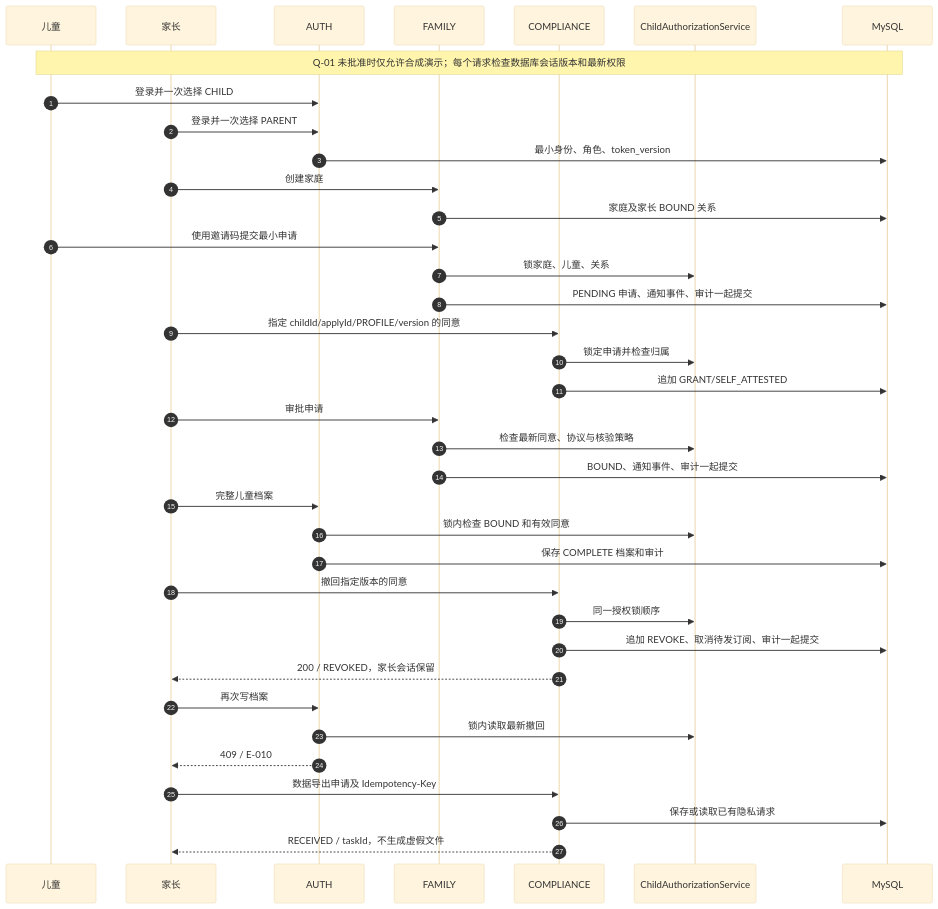
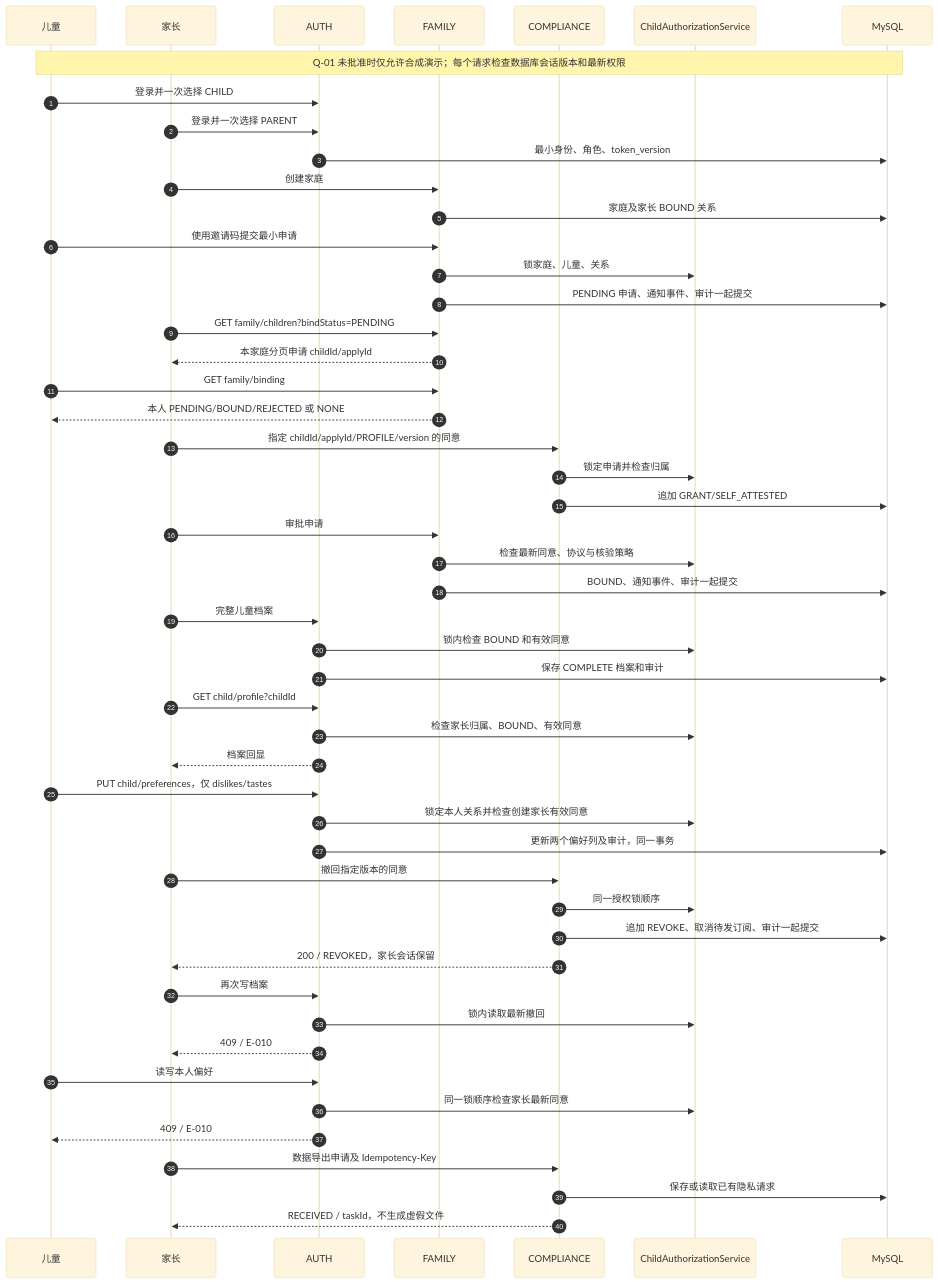
Before and after one commit to lyzw/umbrella: the diagram in growth-planet/docs/sequence-diagram.mermaid, drawn with Mermaid (base theme). The commit also changed 10 other files, not shown here.

```diff
--- a/growth-planet/docs/sequence-diagram.mermaid
+++ b/growth-planet/docs/sequence-diagram.mermaid
@@ -1,37 +1,50 @@
 sequenceDiagram
     autonumber
     participant C as 儿童
     participant P as 家长
     participant A as AUTH
     participant F as FAMILY
     participant S as COMPLIANCE
     participant L as ChildAuthorizationService
     participant DB as MySQL
     Note over C,DB: Q-01 未批准时仅允许合成演示；每个请求检查数据库会话版本和最新权限
     C->>A: 登录并一次选择 CHILD
     P->>A: 登录并一次选择 PARENT
     A->>DB: 最小身份、角色、token_version
     P->>F: 创建家庭
     F->>DB: 家庭及家长 BOUND 关系
     C->>F: 使用邀请码提交最小申请
     F->>L: 锁家庭、儿童、关系
     F->>DB: PENDING 申请、通知事件、审计一起提交
+    P->>F: GET family/children?bindStatus=PENDING
+    F-->>P: 本家庭分页申请 childId/applyId
+    C->>F: GET family/binding
+    F-->>C: 本人 PENDING/BOUND/REJECTED 或 NONE
     P->>S: 指定 childId/applyId/PROFILE/version 的同意
     S->>L: 锁定申请并检查归属
     S->>DB: 追加 GRANT/SELF_ATTESTED
     P->>F: 审批申请
     F->>L: 检查最新同意、协议与核验策略
     F->>DB: BOUND、通知事件、审计一起提交
     P->>A: 完整儿童档案
     A->>L: 锁内检查 BOUND 和有效同意
     A->>DB: 保存 COMPLETE 档案和审计
+    P->>A: GET child/profile?childId
+    A->>L: 检查家长归属、BOUND、有效同意
+    A-->>P: 档案回显
+    C->>A: PUT child/preferences，仅 dislikes/tastes
+    A->>L: 锁定本人关系并检查创建家长有效同意
+    A->>DB: 更新两个偏好列及审计，同一事务
     P->>S: 撤回指定版本的同意
     S->>L: 同一授权锁顺序
     S->>DB: 追加 REVOKE、取消待发订阅、审计一起提交
     S-->>P: 200 / REVOKED，家长会话保留
     P->>A: 再次写档案
     A->>L: 锁内读取最新撤回
     A-->>P: 409 / E-010
+    C->>A: 读写本人偏好
+    A->>L: 同一锁顺序检查家长最新同意
+    A-->>C: 409 / E-010
     P->>S: 数据导出申请及 Idempotency-Key
     S->>DB: 保存或读取已有隐私请求
     S-->>P: RECEIVED / taskId，不生成虚假文件
```
